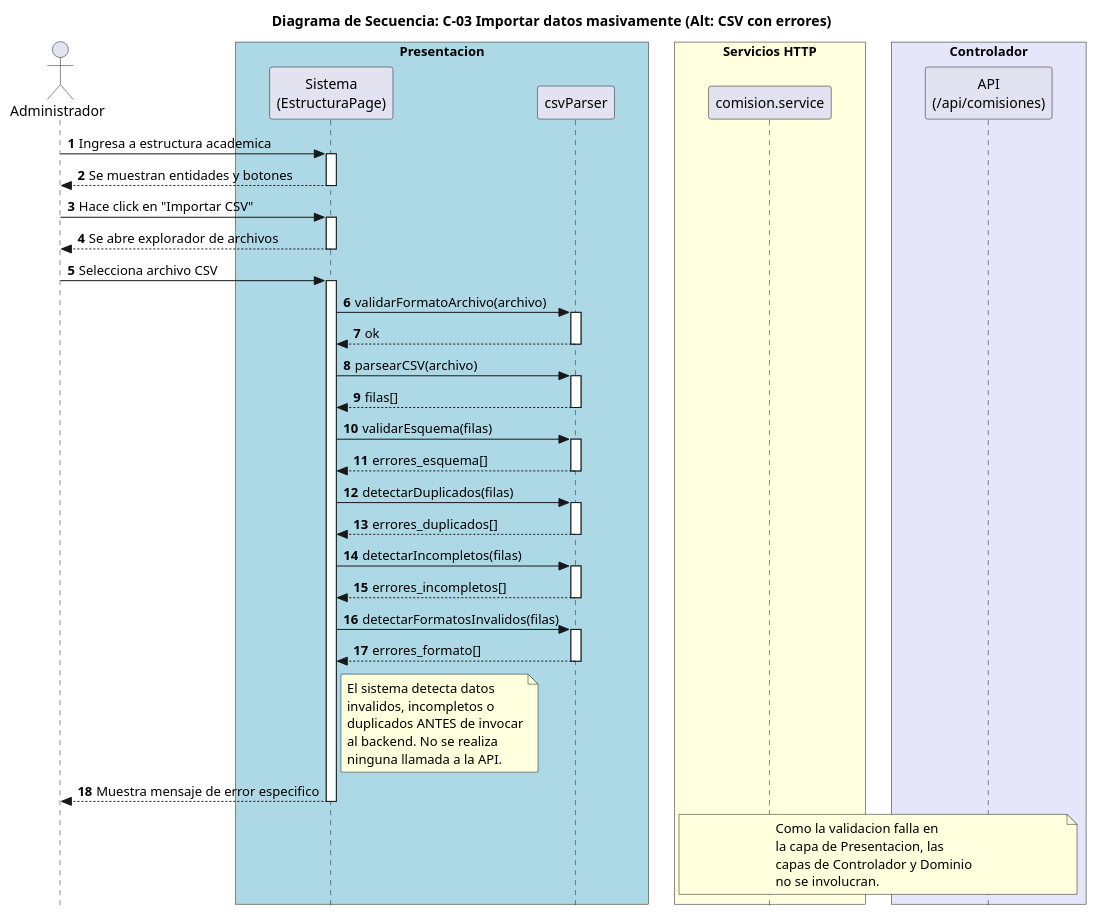
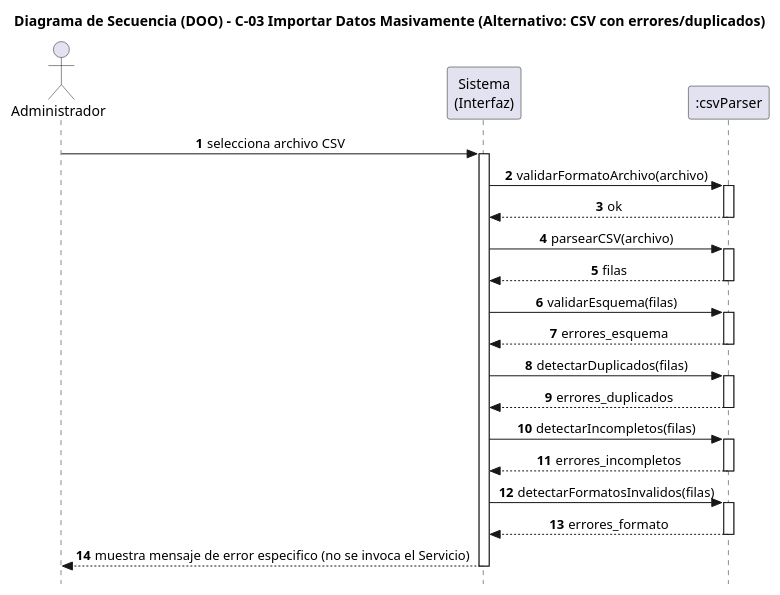
The diagram in docs/puml/actualizacion_claude/C-03 Importar datos masivamente (CSV con errores_duplicados).puml (SantiagoScetti/sic-unne-admin), drawn with PlantUML before and after one commit. The commit also changed 49 other files, not shown here.

Commit message:
Código: un solo patrón (Estado), legacy borrado, 38 tests pasando. Diagramas de secuencia DOO + trazabilidad, diagrama de clases con recuadro, mapa del repo, README de tests

```diff
--- a/docs/puml/actualizacion_claude/C-03 Importar datos masivamente (CSV con errores_duplicados).puml
+++ b/docs/puml/actualizacion_claude/C-03 Importar datos masivamente (CSV con errores_duplicados).puml
@@ -1,87 +1,54 @@
 @startuml
+title Diagrama de Secuencia (DOO) - C-03 Importar Datos Masivamente (Alternativo: CSV con errores/duplicados)
 
-title Diagrama de Secuencia: C-03 Importar datos masivamente (Alt: CSV con errores)
+' La validacion ocurre en la presentacion, antes de tocar el dominio. Si el objeto
+' csvParser detecta errores de esquema, duplicados, incompletos o formatos invalidos,
+' la Interfaz informa y NO invoca a ServicioComision (no se realiza ninguna escritura).
 
 skinparam style strictuml
-skinparam ParticipantPadding 30
-skinparam BoxPadding 12
-
+skinparam sequenceMessageAlign center
+hide footbox
 autonumber
 
-actor Administrador
+actor Administrador as Admin
 
-box "Presentacion" #LightBlue
-  participant "Sistema\n(EstructuraPage)" as Interfaz
-  participant "csvParser"                 as Parser
-end box
+participant "Sistema\n(Interfaz)"   as UI
+participant ":csvParser"           as Parser
 
-box "Servicios HTTP" #LightYellow
-  participant "comision.service" as Service
-end box
+Admin -> UI : selecciona archivo CSV
+activate UI
 
-box "Controlador" #Lavender
-  participant "API\n(/api/comisiones)" as API
-end box
-
-Administrador -> Interfaz: Ingresa a estructura academica
-activate Interfaz
-Interfaz --> Administrador: Se muestran entidades y botones
-deactivate Interfaz
-
-Administrador -> Interfaz: Hace click en "Importar CSV"
-activate Interfaz
-Interfaz --> Administrador: Se abre explorador de archivos
-deactivate Interfaz
-
-Administrador -> Interfaz: Selecciona archivo CSV
-activate Interfaz
-
-Interfaz -> Parser: validarFormatoArchivo(archivo)
+UI -> Parser : validarFormatoArchivo(archivo)
 activate Parser
-Parser --> Interfaz: ok
+Parser --> UI : ok
 deactivate Parser
 
-Interfaz -> Parser: parsearCSV(archivo)
+UI -> Parser : parsearCSV(archivo)
 activate Parser
-Parser --> Interfaz: filas[]
+Parser --> UI : filas
 deactivate Parser
 
-Interfaz -> Parser: validarEsquema(filas)
+UI -> Parser : validarEsquema(filas)
 activate Parser
-Parser --> Interfaz: errores_esquema[]
+Parser --> UI : errores_esquema
 deactivate Parser
 
-Interfaz -> Parser: detectarDuplicados(filas)
+UI -> Parser : detectarDuplicados(filas)
 activate Parser
-Parser --> Interfaz: errores_duplicados[]
+Parser --> UI : errores_duplicados
 deactivate Parser
 
-Interfaz -> Parser: detectarIncompletos(filas)
+UI -> Parser : detectarIncompletos(filas)
 activate Parser
-Parser --> Interfaz: errores_incompletos[]
+Parser --> UI : errores_incompletos
 deactivate Parser
 
-Interfaz -> Parser: detectarFormatosInvalidos(filas)
+UI -> Parser : detectarFormatosInvalidos(filas)
 activate Parser
-Parser --> Interfaz: errores_formato[]
+Parser --> UI : errores_formato
 deactivate Parser
 
-note right of Interfaz
-  El sistema detecta datos
-  invalidos, incompletos o
-  duplicados ANTES de invocar
-  al backend. No se realiza
-  ninguna llamada a la API.
-end note
-
-Interfaz --> Administrador: Muestra mensaje de error especifico
-deactivate Interfaz
-
-note over Service, API
-  Como la validacion falla en
-  la capa de Presentacion, las
-  capas de Controlador y Dominio
-  no se involucran.
-end note
+UI --> Admin : muestra mensaje de error especifico (no se invoca el Servicio)
+deactivate UI
 
 @enduml
```
